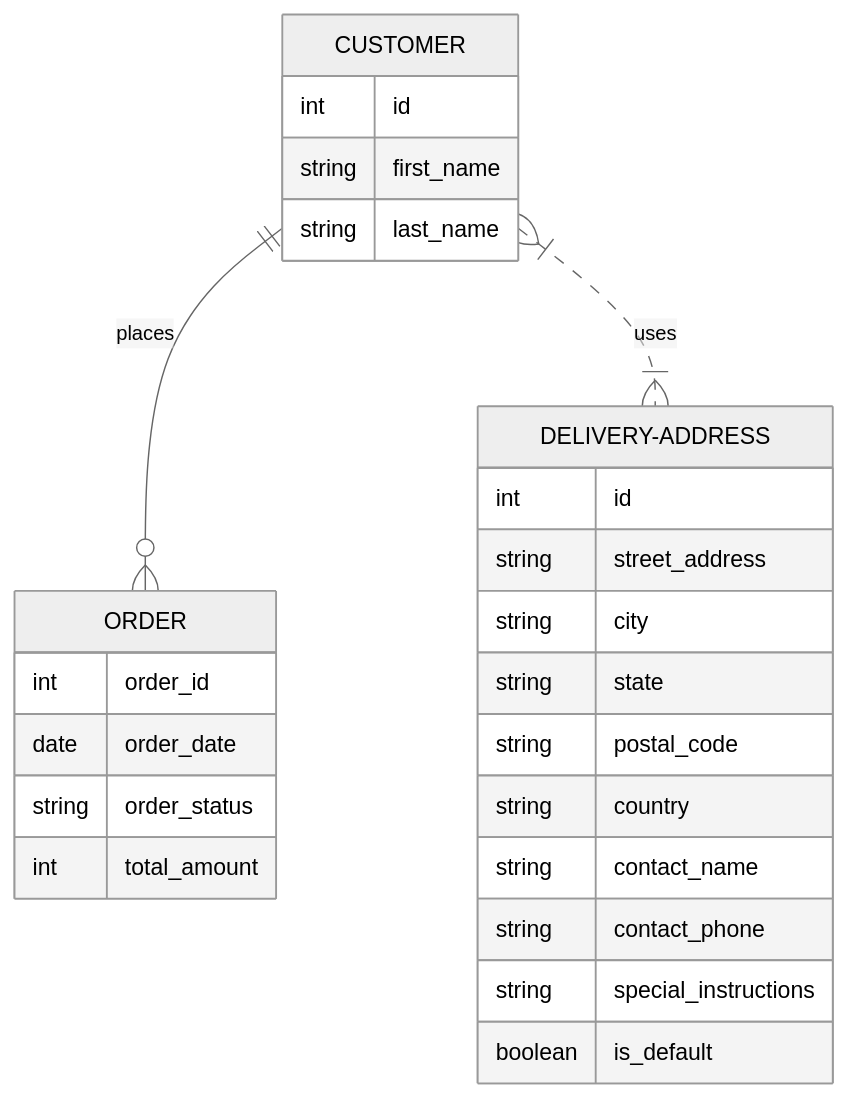
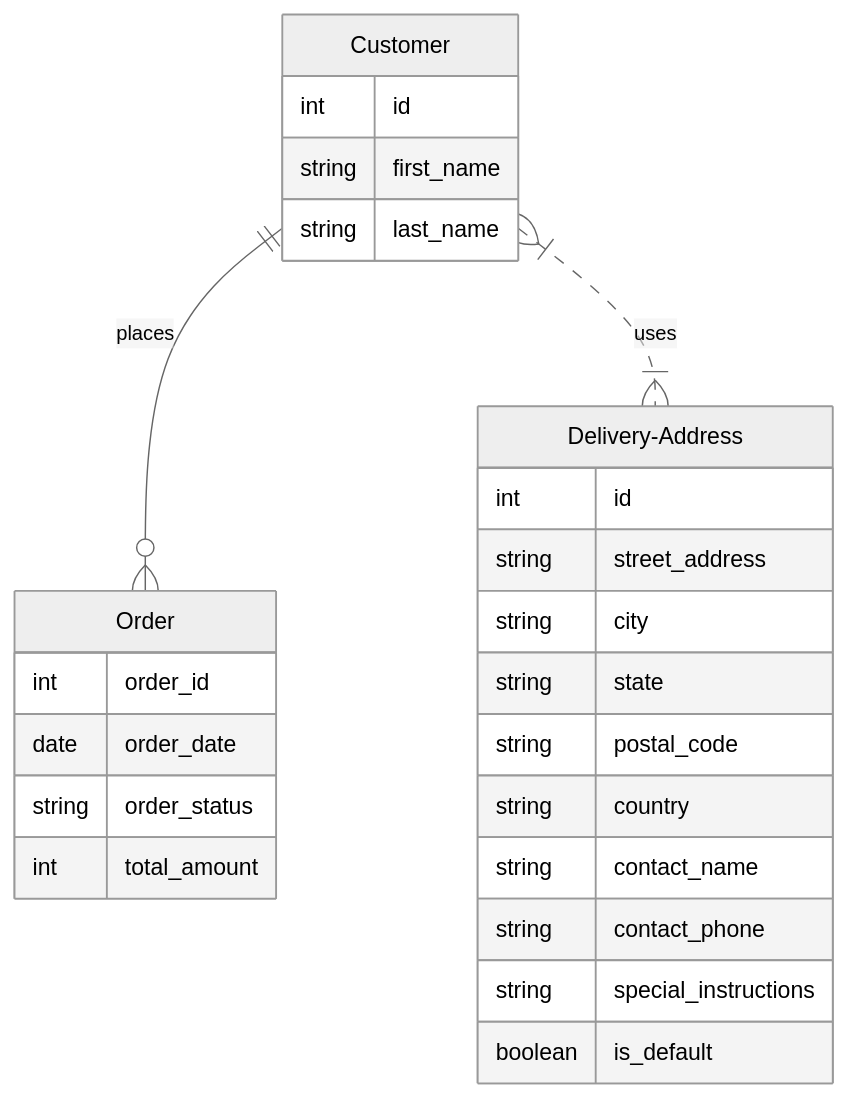
One commit to cmsc-vcu/cmsc508-fa2023-hw7-mudboy1 changed the diagram in hw7/hw7.qmd. Above: the diagram before and after it, drawn with Mermaid (neutral theme). The commit also changed 2 other files, not shown here.

Commit message:
trying again

````diff
--- a/hw7/hw7.qmd
+++ b/hw7/hw7.qmd
@@ -102,29 +102,29 @@
 ```{mermaid}
 %%| echo: false
 erDiagram
-    CUSTOMER ||--o{ ORDER : places
-    CUSTOMER }|..|{ DELIVERY-ADDRESS : uses
-       CUSTOMER{
+    Customer ||--o{ Order : places
+    Customer }|..|{ Delivery-Address : uses
+       Customer{
         int id
         string first_name
         string last_name
     }
-    DELIVERY-ADDRESS {
+    Delivery-Address {
         int id
         string street_address
         string city
         string state
         string postal_code
         string country
         string contact_name
         string contact_phone
         string special_instructions
         boolean is_default
     }
-    ORDER {
+    Order {
         int order_id
         date order_date
         string order_status
         int total_amount
     }
 ```
````
